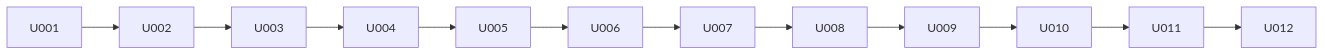
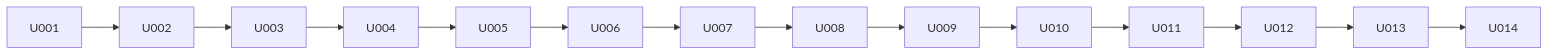
The diagram in docs/P005-impl-plan.md (kagyuu/DbFAQ), drawn with Mermaid before and after one commit. The commit also changed other lines of this file and 63 other files, not shown here.

````diff
--- a/docs/P005-impl-plan.md
+++ b/docs/P005-impl-plan.md
@@ -178,4 +192,4 @@
 ```mermaid
 flowchart LR
-  U001 --> U002 --> U003 --> U004 --> U005 --> U006 --> U007 --> U008 --> U009 --> U010 --> U011 --> U012
+  U001 --> U002 --> U003 --> U004 --> U005 --> U006 --> U007 --> U008 --> U009 --> U010 --> U011 --> U012 --> U013 --> U014
 ```
````
